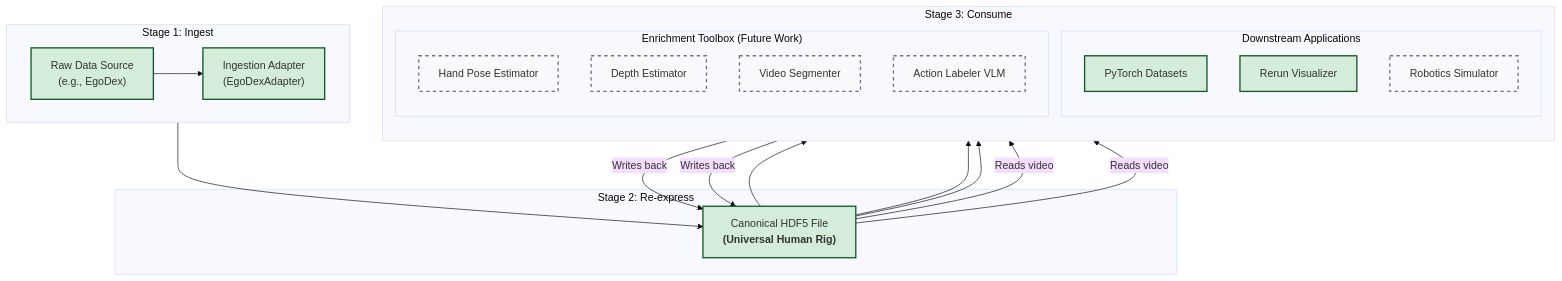
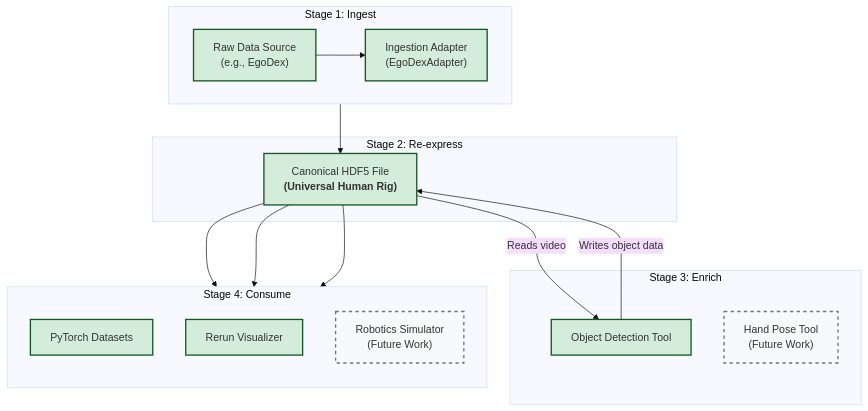
Before and after one commit to IstariRobotics/egohub: the diagram in README.md, drawn with Mermaid (base theme). The commit also changed other lines of this file, not shown here.

First line of the commit message:
refactor: Update README to reflect changes in data processing stages

````diff
--- a/README.md
+++ b/README.md
@@ -18,44 +19,39 @@
 ```mermaid
 graph TD
     %% Define Styles
     classDef built fill:#d4edda,stroke:#155724,stroke-width:2px
     classDef notBuilt fill:#f8f9fa,stroke:#6c757d,stroke-width:2px,stroke-dasharray: 5 5
 
     subgraph "Stage 1: Ingest"
         direction LR
         RawData["Raw Data Source<br/>(e.g., EgoDex)"] --> Adapter["Ingestion Adapter<br/>(EgoDexAdapter)"]
     end
 
     subgraph "Stage 2: Re-express"
         Adapter --> CanonicalH5["Canonical HDF5 File<br/><b>(Universal Human Rig)</b>"]
     end
 
-    subgraph "Stage 3: Consume"
+    subgraph "Stage 3: Enrich"
+        ToolDetection["Object Detection Tool"]
+        ToolHand["Hand Pose Tool<br/>(Future Work)"]
+        
+        CanonicalH5 -->|Reads video| ToolDetection
+        ToolDetection -->|Writes object data| CanonicalH5
+    end
+
+    subgraph "Stage 4: Consume"
         direction TB
-        subgraph Downstream Applications
-            AppPytorch["PyTorch Datasets"]
-            AppRerun["Rerun Visualizer"]
-            AppSim["Robotics Simulator"]
-        end
-        subgraph "Enrichment Toolbox (Future Work)"
-            ToolHand["Hand Pose Estimator"]
-            ToolDepth["Depth Estimator"]
-            ToolSeg["Video Segmenter"]
-            ToolLabel["Action Labeler VLM"]
-        end
+        AppPytorch["PyTorch Datasets"]
+        AppRerun["Rerun Visualizer"]
+        AppSim["Robotics Simulator<br/>(Future Work)"]
     end
 
     %% Define Flows
     CanonicalH5 --> AppPytorch
     CanonicalH5 --> AppRerun
     CanonicalH5 --> AppSim
 
-    CanonicalH5 -->|Reads video| ToolHand
-    ToolHand -->|Writes back| CanonicalH5
-    CanonicalH5 -->|Reads video| ToolDepth
-    ToolDepth -->|Writes back| CanonicalH5
-
     %% Apply Styles to Nodes
-    class RawData,Adapter,CanonicalH5,AppPytorch,AppRerun built
-    class ToolHand,ToolDepth,ToolSeg,ToolLabel,AppSim notBuilt
+    class RawData,Adapter,CanonicalH5,AppPytorch,AppRerun,ToolDetection built
+    class ToolHand,AppSim notBuilt
 ```
````
